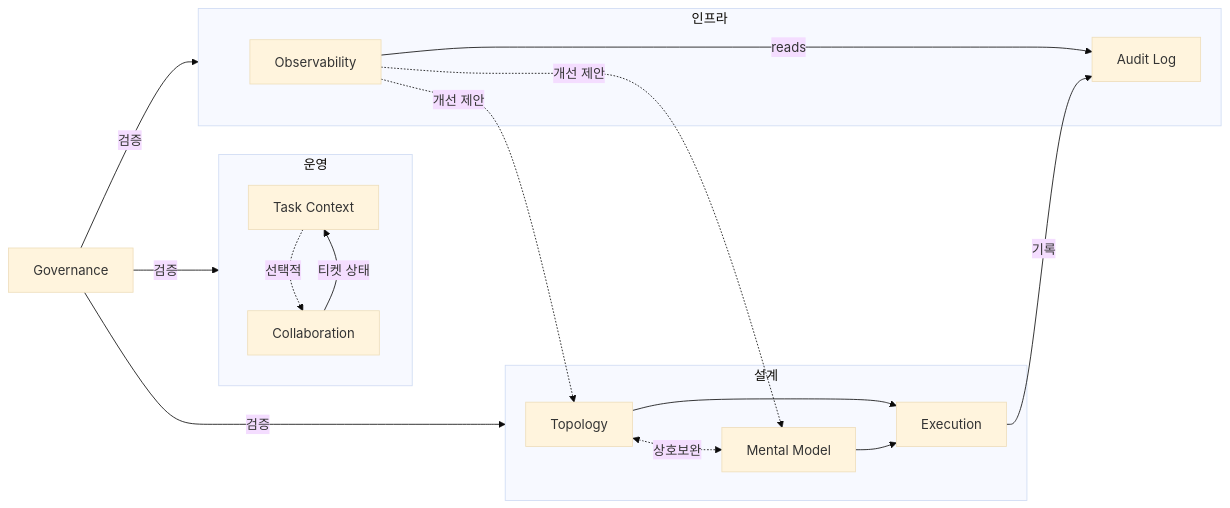
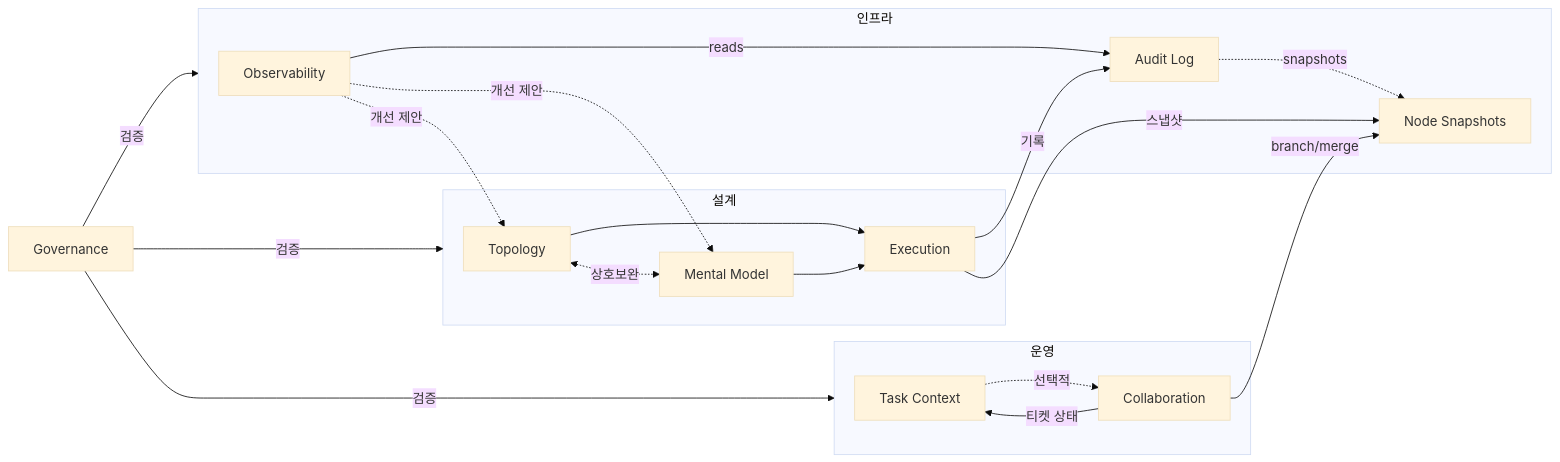
The second of 4 diagrams in README.md (WMJOON/multi-swarm-orchestrator), drawn with Mermaid (base theme) before and after one commit. The commit also changed other lines of this file and 40 other files, not shown here.

First line of the commit message:
feat(v0.0.3): introduce Git-metaphor versioned state transition graph

````diff
--- a/README.md
+++ b/README.md
@@ -46,24 +82,27 @@
 ```mermaid
 graph LR
     subgraph Design ["설계"]
         S00["Topology"] <-.->|상호보완| S01["Mental Model"]
         S00 & S01 --> S02["Execution"]
     end
 
     subgraph Ops ["운영"]
         S03["Task Context"] -.->|선택적| S04["Collaboration"]
     end
 
     subgraph Infra ["인프라"]
         S06["Observability"] -->|reads| S05["Audit Log"]
+        S05 -.->|snapshots| SNAP["Node Snapshots"]
     end
 
     S02 -->|기록| S05
+    S02 -->|스냅샷| SNAP
     S06 -.->|개선 제안| S00
     S06 -.->|개선 제안| S01
     S04 -->|티켓 상태| S03
+    S04 -->|branch/merge| SNAP
 
     GOV["Governance"] -->|검증| Design
     GOV -->|검증| Ops
     GOV -->|검증| Infra
 ```
````
